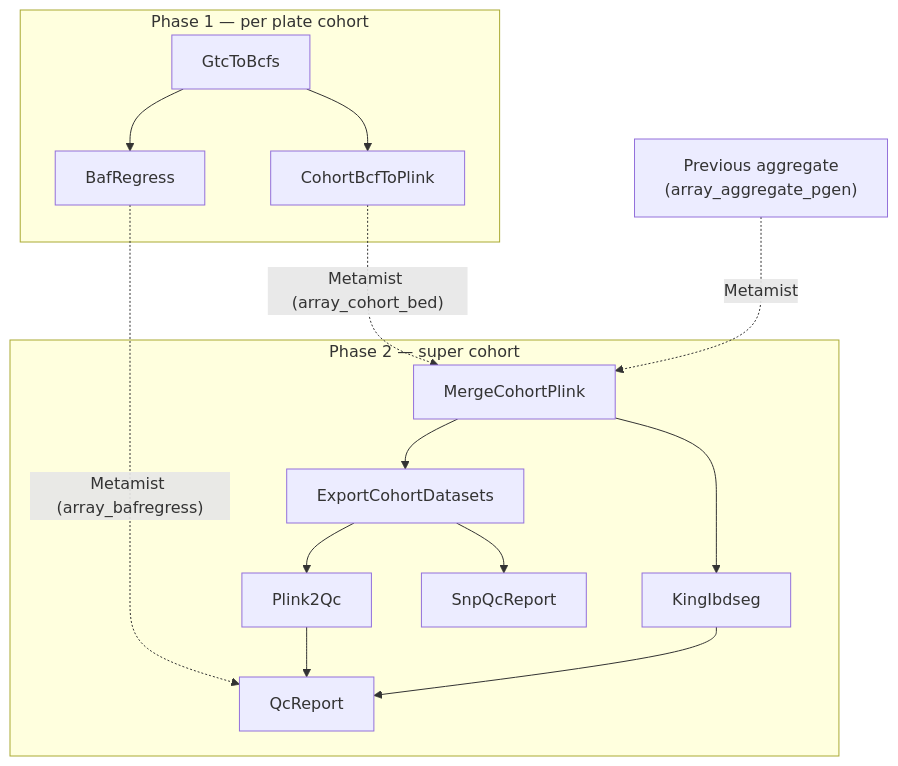
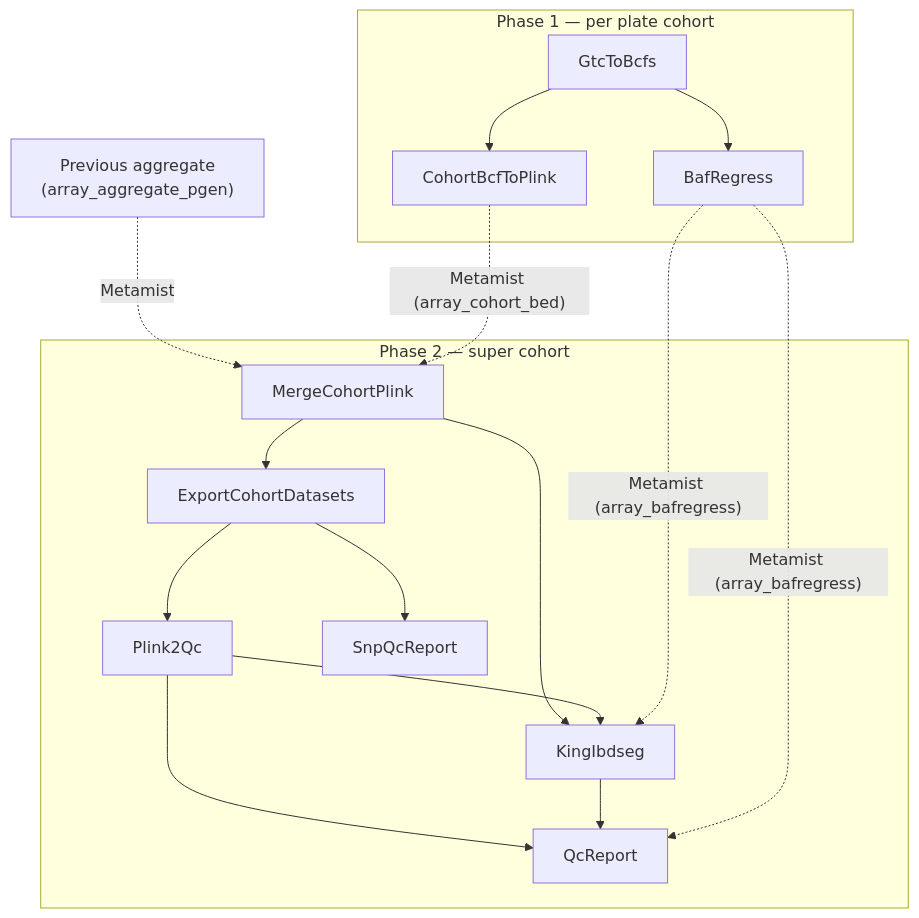
The diagram in README.md (populationgenomics/popgen-genotyping), drawn with Mermaid before and after one commit. The commit also changed other lines of this file and 13 other files, not shown here.

Commit message:
Exclude contaminated and high-missingness samples from KING ibdseg (#51)

````diff
--- a/README.md
+++ b/README.md
@@ -11,18 +11,20 @@
 ```mermaid
 flowchart TB
     subgraph phase1 ["Phase 1 — per plate cohort"]
         GtcToBcfs --> BafRegress
         GtcToBcfs --> CohortBcfToPlink
     end
     subgraph phase2 ["Phase 2 — super cohort"]
         MergeCohortPlink --> ExportCohortDatasets
         MergeCohortPlink --> KingIbdseg
         ExportCohortDatasets --> Plink2Qc
         ExportCohortDatasets --> SnpQcReport
+        Plink2Qc --> KingIbdseg
         Plink2Qc --> QcReport
         KingIbdseg --> QcReport
     end
     prev["Previous aggregate<br/>(array_aggregate_pgen)"] -. Metamist .-> MergeCohortPlink
     CohortBcfToPlink -. "Metamist (array_cohort_bed)" .-> MergeCohortPlink
+    BafRegress -. "Metamist (array_bafregress)" .-> KingIbdseg
     BafRegress -. "Metamist (array_bafregress)" .-> QcReport
 ```
````
